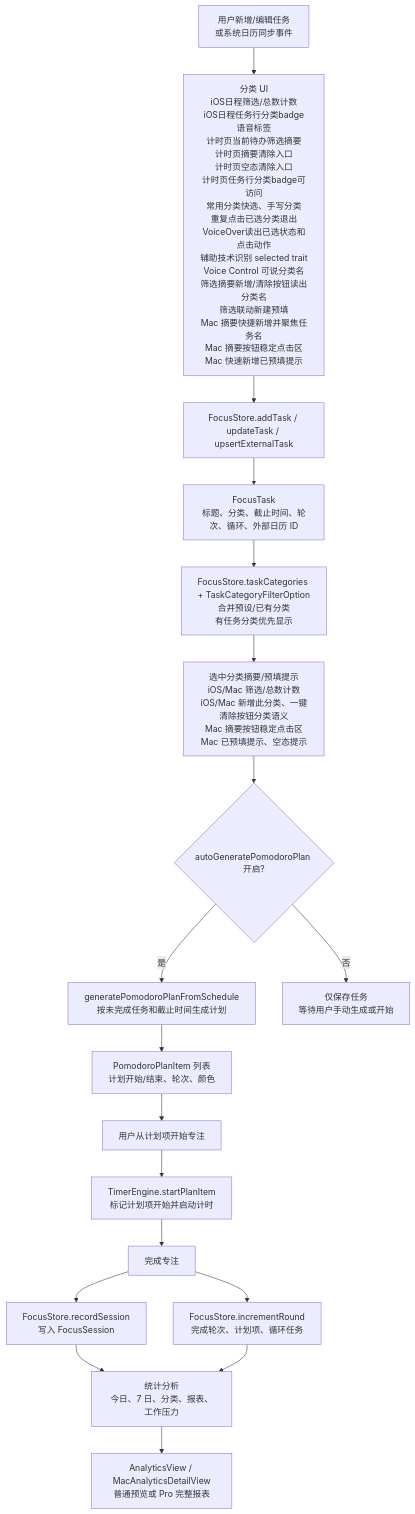
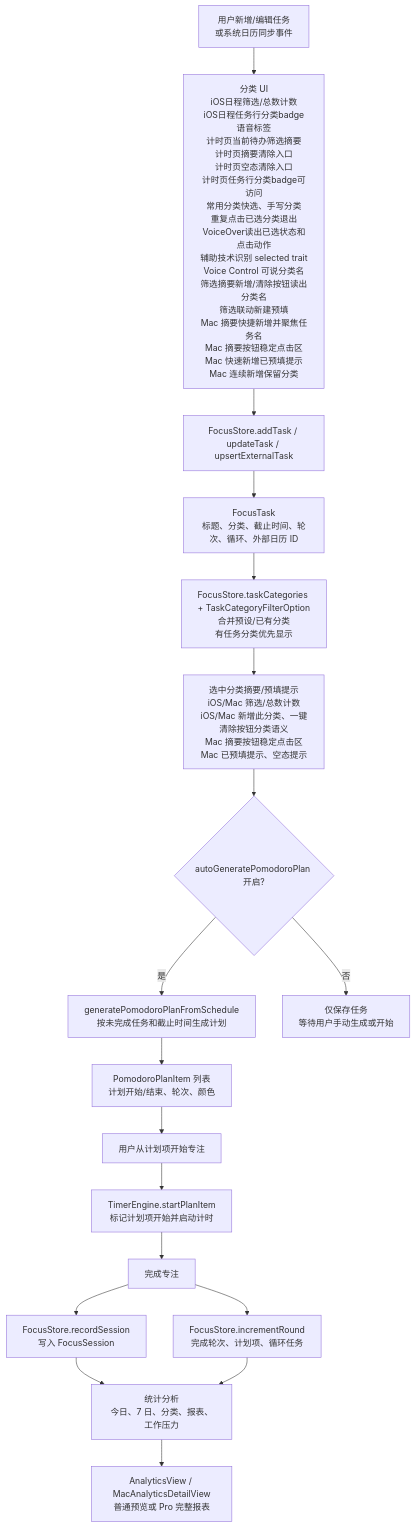
The third of 6 diagrams in md/flow/flowchart.md (Altman-sam114/114), drawn with Mermaid before and after one commit. The commit also changed 7 other files, not shown here.

````diff
--- a/md/flow/flowchart.md
+++ b/md/flow/flowchart.md
@@ -63,20 +63,20 @@
 ```mermaid
 flowchart TD
-  A["用户新增/编辑任务<br/>或系统日历同步事件"] --> P0["分类 UI<br/>iOS日程筛选/总数计数<br/>iOS日程任务行分类badge语音标签<br/>计时页当前待办筛选摘要<br/>计时页摘要清除入口<br/>计时页空态清除入口<br/>计时页任务行分类badge可访问<br/>常用分类快选、手写分类<br/>重复点击已选分类退出<br/>VoiceOver读出已选状态和点击动作<br/>辅助技术识别 selected trait<br/>Voice Control 可说分类名<br/>筛选摘要新增/清除按钮读出分类名<br/>筛选联动新建预填<br/>Mac 摘要快捷新增并聚焦任务名<br/>Mac 摘要按钮稳定点击区<br/>Mac 快速新增已预填提示"]
+  A["用户新增/编辑任务<br/>或系统日历同步事件"] --> P0["分类 UI<br/>iOS日程筛选/总数计数<br/>iOS日程任务行分类badge语音标签<br/>计时页当前待办筛选摘要<br/>计时页摘要清除入口<br/>计时页空态清除入口<br/>计时页任务行分类badge可访问<br/>常用分类快选、手写分类<br/>重复点击已选分类退出<br/>VoiceOver读出已选状态和点击动作<br/>辅助技术识别 selected trait<br/>Voice Control 可说分类名<br/>筛选摘要新增/清除按钮读出分类名<br/>筛选联动新建预填<br/>Mac 摘要快捷新增并聚焦任务名<br/>Mac 摘要按钮稳定点击区<br/>Mac 快速新增已预填提示<br/>Mac 连续新增保留分类"]
   P0 --> B["FocusStore.addTask / updateTask / upsertExternalTask"]
   B --> C["FocusTask<br/>标题、分类、截止时间、轮次、循环、外部日历 ID"]
   C --> C2["FocusStore.taskCategories + TaskCategoryFilterOption<br/>合并预设/已有分类<br/>有任务分类优先显示"]
   C2 --> C3["选中分类摘要/预填提示<br/>iOS/Mac 筛选/总数计数<br/>iOS/Mac 新增此分类、一键清除按钮分类语义<br/>Mac 摘要按钮稳定点击区<br/>Mac 已预填提示、空态提示"]
   C3 --> D{"autoGeneratePomodoroPlan 开启?"}
   D -->|是| E["generatePomodoroPlanFromSchedule<br/>按未完成任务和截止时间生成计划"]
   D -->|否| F["仅保存任务<br/>等待用户手动生成或开始"]
   E --> G["PomodoroPlanItem 列表<br/>计划开始/结束、轮次、颜色"]
   G --> H["用户从计划项开始专注"]
   H --> I["TimerEngine.startPlanItem<br/>标记计划项开始并启动计时"]
   I --> J["完成专注"]
   J --> K["FocusStore.incrementRound<br/>完成轮次、计划项、循环任务"]
   J --> L["FocusStore.recordSession<br/>写入 FocusSession"]
   L --> M["统计分析<br/>今日、7 日、分类、报表、工作压力"]
   K --> M
   M --> N["AnalyticsView / MacAnalyticsDetailView<br/>普通预览或 Pro 完整报表"]
 ```
````
